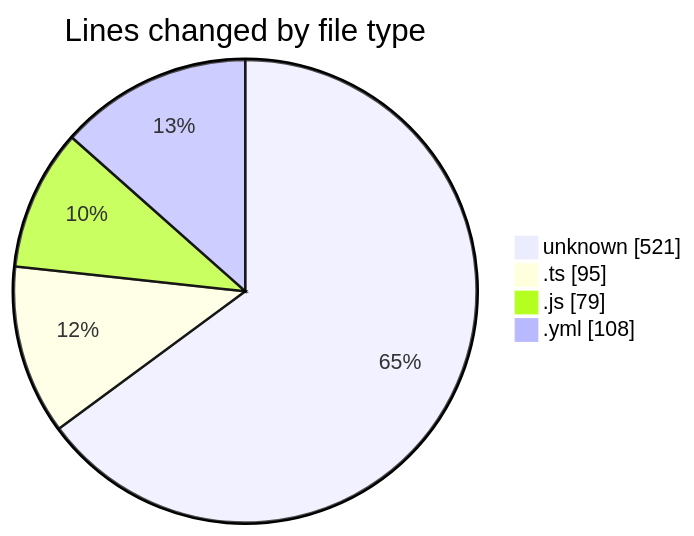
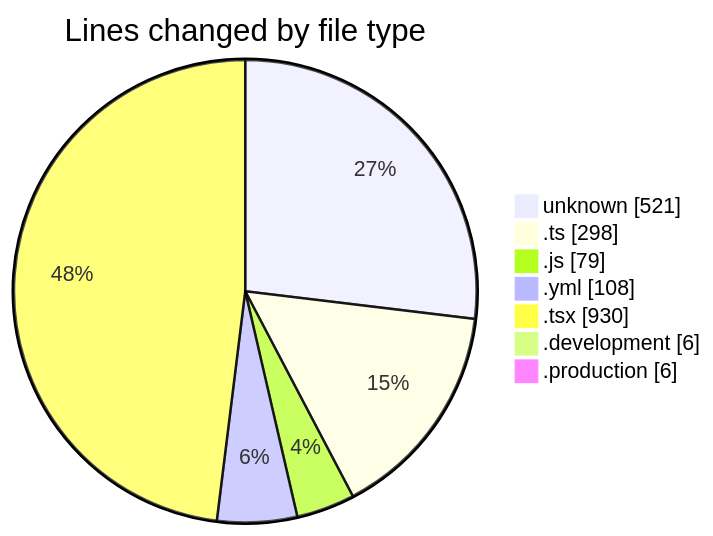
The first of 2 diagrams in 2025-05-17/niten/README.md (Elitesun/code-tracking), drawn with Mermaid before and after one commit. The commit also changed other lines of this file and 1 other file, not shown here.

````diff
--- a/2025-05-17/niten/README.md
+++ b/2025-05-17/niten/README.md
@@ -25,8 +33,11 @@
 ```mermaid
 pie showData
 title Lines changed by file type
 "unknown" : 521
-".ts" : 95
+".ts" : 298
 ".js" : 79
 ".yml" : 108
+".tsx" : 930
+".development" : 6
+".production" : 6
 ```
````
